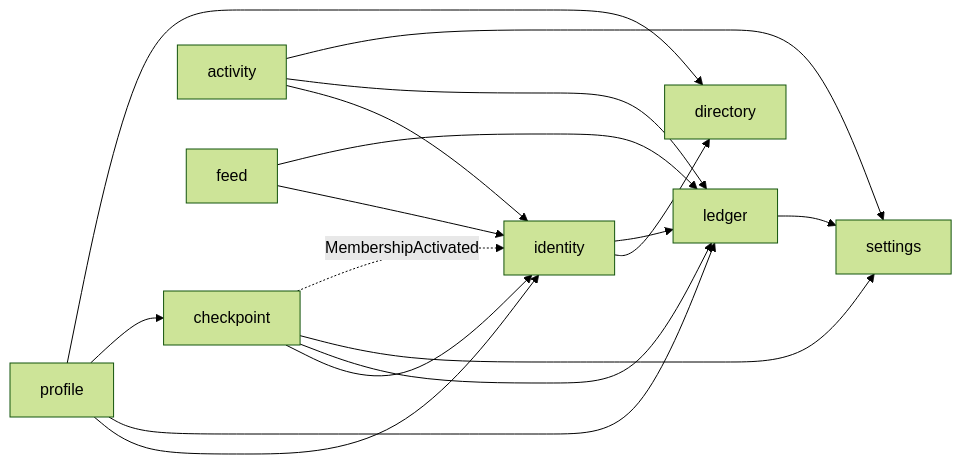
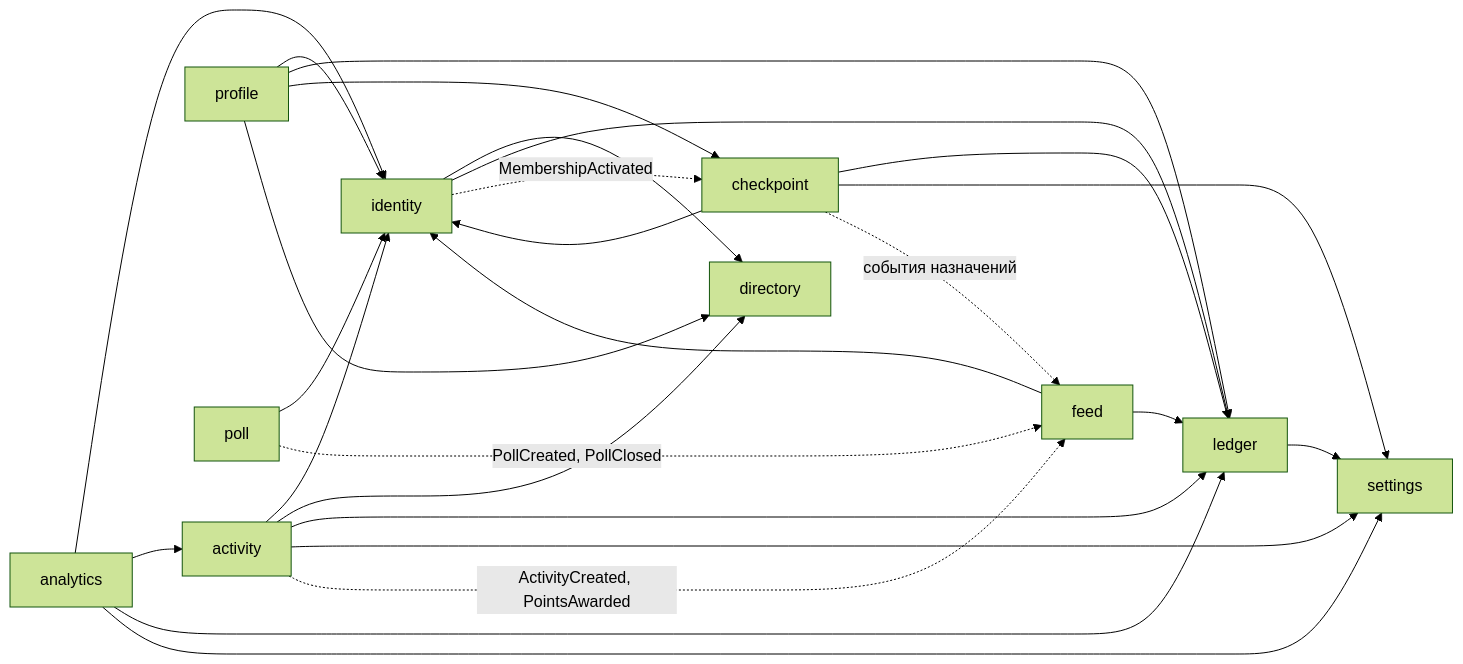
The second of 3 diagrams in docs/presentation/architecture.md (Daniiltyhtin/campus-rating), drawn with Mermaid (forest theme) before and after one commit. The commit also changed other lines of this file, not shown here.

Commit message:
docs(presentation): архитектура — состояние модулей после U13–U17, схема зависимостей и событий по импортам

````diff
--- a/docs/presentation/architecture.md
+++ b/docs/presentation/architecture.md
@@ -44,19 +46,28 @@
 ```mermaid
 flowchart LR
   identity --> directory
   identity --> ledger
   ledger --> settings
   checkpoint --> identity
   checkpoint --> ledger
   checkpoint --> settings
   activity --> identity
+  activity --> directory
   activity --> ledger
   activity --> settings
   profile --> identity
   profile --> ledger
   profile --> checkpoint
   profile --> directory
   feed --> identity
   feed --> ledger
-  checkpoint -.MembershipActivated.-> identity
+  poll --> identity
+  analytics --> identity
+  analytics --> activity
+  analytics --> ledger
+  analytics --> settings
+  identity -.MembershipActivated.-> checkpoint
+  checkpoint -.события назначений.-> feed
+  activity -.ActivityCreated, PointsAwarded.-> feed
+  poll -.PollCreated, PollClosed.-> feed
 ```
````
